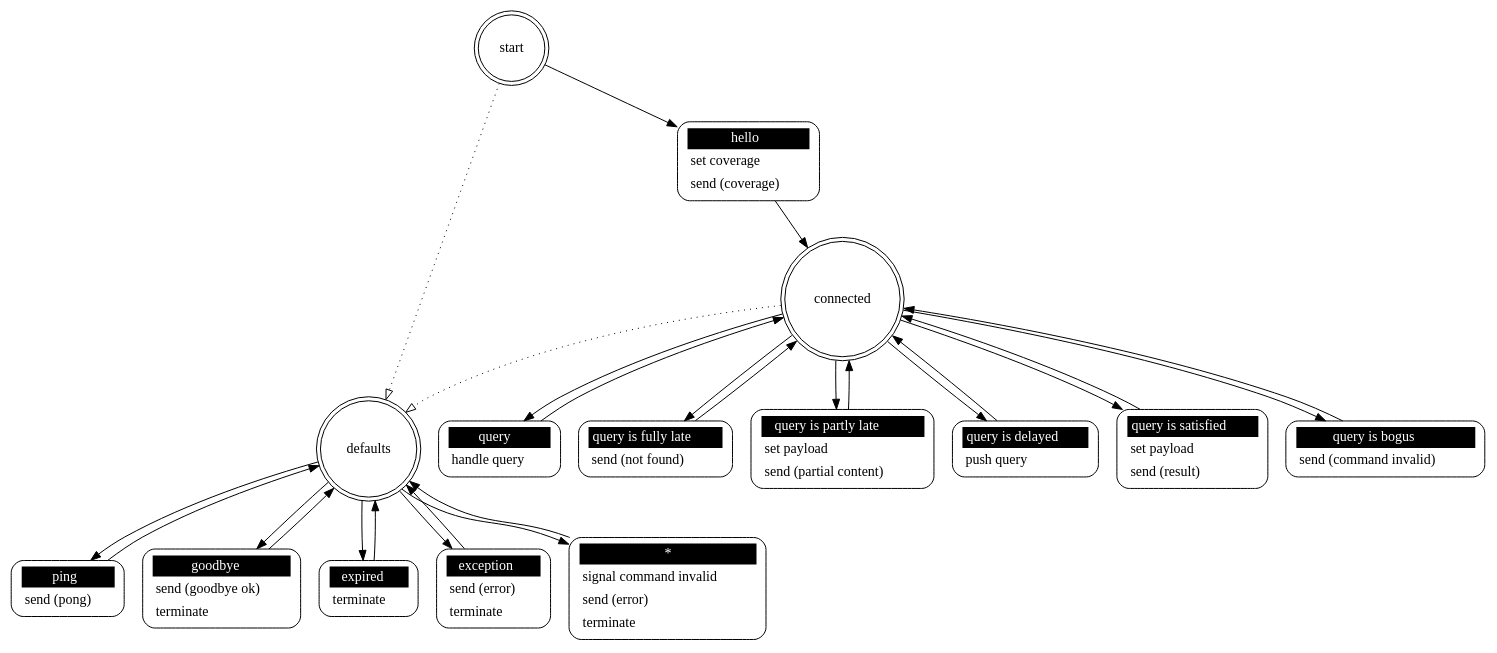
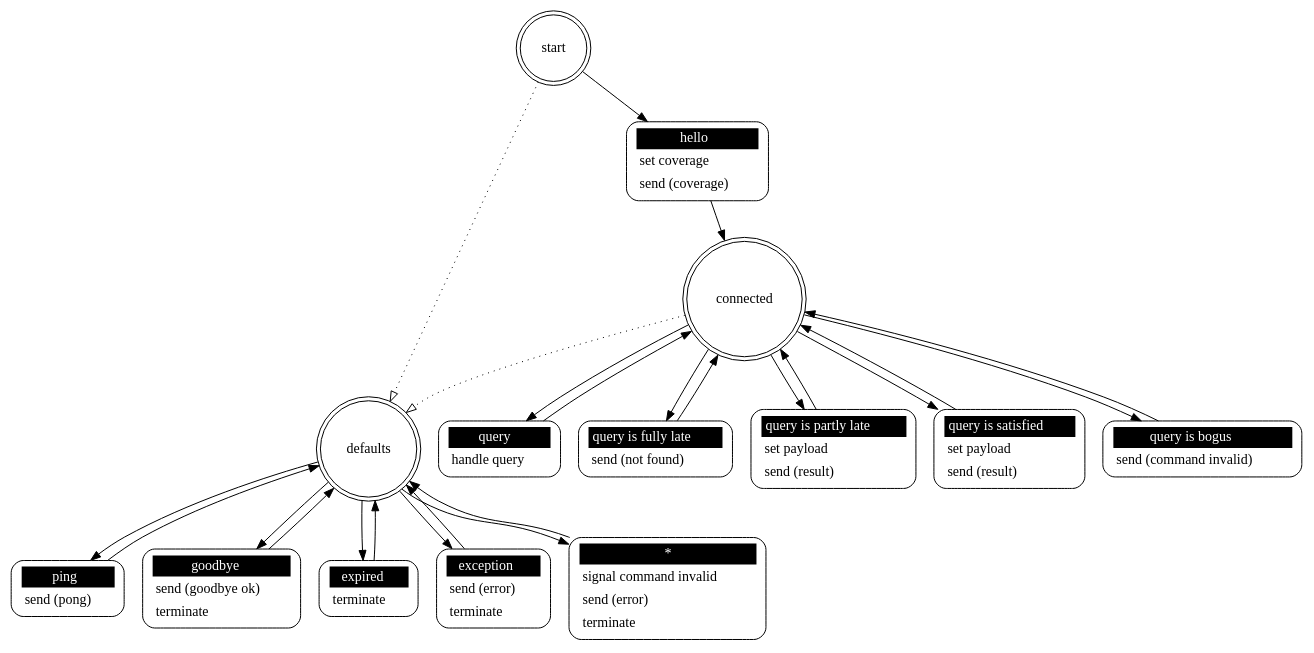
One commit to brettviren/tpquery changed the diagram in src/tpq_server.dot. Above: the diagram before and after it, drawn with Graphviz. The commit also changed 7 other files, not shown here.

```diff
--- a/src/tpq_server.dot
+++ b/src/tpq_server.dot
@@ -1,47 +1,44 @@
 ## Automatically generated from tpq_server.xml by gsl
 digraph "tpq_server" {
  "start" -> "defaults" [style=dotted,arrowhead=empty]
  "connected" -> "defaults" [style=dotted,arrowhead=empty]
 
  "start" [shape = "doublecircle"];
  "start hello" [shape = "Mrecord" style = solid label = <<table border="0" cellborder="0" cellpadding="3" bgcolor="white"><tr><td bgcolor="black" align="center" colspan="2"><font color="white">hello</font></td></tr><tr><td align="left" port="r3">set coverage</td></tr><tr><td align="left" port="r3">send (coverage)</td></tr></table>>];
  "start" -> "start hello";
  "start hello" -> "connected";
 
  "connected" [shape = "doublecircle"];
  "connected query" [shape = "Mrecord" style = solid label = <<table border="0" cellborder="0" cellpadding="3" bgcolor="white"><tr><td bgcolor="black" align="center" colspan="2"><font color="white">query</font></td></tr><tr><td align="left" port="r3">handle query</td></tr></table>>];
  "connected" -> "connected query";
  "connected query" -> "connected";
  "connected query is fully late" [shape = "Mrecord" style = solid label = <<table border="0" cellborder="0" cellpadding="3" bgcolor="white"><tr><td bgcolor="black" align="center" colspan="2"><font color="white">query is fully late</font></td></tr><tr><td align="left" port="r3">send (not found)</td></tr></table>>];
  "connected" -> "connected query is fully late";
  "connected query is fully late" -> "connected";
- "connected query is partly late" [shape = "Mrecord" style = solid label = <<table border="0" cellborder="0" cellpadding="3" bgcolor="white"><tr><td bgcolor="black" align="center" colspan="2"><font color="white">query is partly late</font></td></tr><tr><td align="left" port="r3">set payload</td></tr><tr><td align="left" port="r3">send (partial content)</td></tr></table>>];
+ "connected query is partly late" [shape = "Mrecord" style = solid label = <<table border="0" cellborder="0" cellpadding="3" bgcolor="white"><tr><td bgcolor="black" align="center" colspan="2"><font color="white">query is partly late</font></td></tr><tr><td align="left" port="r3">set payload</td></tr><tr><td align="left" port="r3">send (result)</td></tr></table>>];
  "connected" -> "connected query is partly late";
  "connected query is partly late" -> "connected";
- "connected query is delayed" [shape = "Mrecord" style = solid label = <<table border="0" cellborder="0" cellpadding="3" bgcolor="white"><tr><td bgcolor="black" align="center" colspan="2"><font color="white">query is delayed</font></td></tr><tr><td align="left" port="r3">push query</td></tr></table>>];
- "connected" -> "connected query is delayed";
- "connected query is delayed" -> "connected";
  "connected query is satisfied" [shape = "Mrecord" style = solid label = <<table border="0" cellborder="0" cellpadding="3" bgcolor="white"><tr><td bgcolor="black" align="center" colspan="2"><font color="white">query is satisfied</font></td></tr><tr><td align="left" port="r3">set payload</td></tr><tr><td align="left" port="r3">send (result)</td></tr></table>>];
  "connected" -> "connected query is satisfied";
  "connected query is satisfied" -> "connected";
  "connected query is bogus" [shape = "Mrecord" style = solid label = <<table border="0" cellborder="0" cellpadding="3" bgcolor="white"><tr><td bgcolor="black" align="center" colspan="2"><font color="white">query is bogus</font></td></tr><tr><td align="left" port="r3">send (command invalid)</td></tr></table>>];
  "connected" -> "connected query is bogus";
  "connected query is bogus" -> "connected";
 
  "defaults" [shape = "doublecircle"];
  "defaults ping" [shape = "Mrecord" style = solid label = <<table border="0" cellborder="0" cellpadding="3" bgcolor="white"><tr><td bgcolor="black" align="center" colspan="2"><font color="white">ping</font></td></tr><tr><td align="left" port="r3">send (pong)</td></tr></table>>];
  "defaults" -> "defaults ping";
  "defaults ping" -> "defaults";
  "defaults goodbye" [shape = "Mrecord" style = solid label = <<table border="0" cellborder="0" cellpadding="3" bgcolor="white"><tr><td bgcolor="black" align="center" colspan="2"><font color="white">goodbye</font></td></tr><tr><td align="left" port="r3">send (goodbye ok)</td></tr><tr><td align="left" port="r3">terminate</td></tr></table>>];
  "defaults" -> "defaults goodbye";
  "defaults goodbye" -> "defaults";
  "defaults expired" [shape = "Mrecord" style = solid label = <<table border="0" cellborder="0" cellpadding="3" bgcolor="white"><tr><td bgcolor="black" align="center" colspan="2"><font color="white">expired</font></td></tr><tr><td align="left" port="r3">terminate</td></tr></table>>];
  "defaults" -> "defaults expired";
  "defaults expired" -> "defaults";
  "defaults exception" [shape = "Mrecord" style = solid label = <<table border="0" cellborder="0" cellpadding="3" bgcolor="white"><tr><td bgcolor="black" align="center" colspan="2"><font color="white">exception</font></td></tr><tr><td align="left" port="r3">send (error)</td></tr><tr><td align="left" port="r3">terminate</td></tr></table>>];
  "defaults" -> "defaults exception";
  "defaults exception" -> "defaults";
  "defaults *" [shape = "Mrecord" style = solid label = <<table border="0" cellborder="0" cellpadding="3" bgcolor="white"><tr><td bgcolor="black" align="center" colspan="2"><font color="white">*</font></td></tr><tr><td align="left" port="r3">signal command invalid</td></tr><tr><td align="left" port="r3">send (error)</td></tr><tr><td align="left" port="r3">terminate</td></tr></table>>];
  "defaults" -> "defaults *";
  "defaults *" -> "defaults";
 }
```
